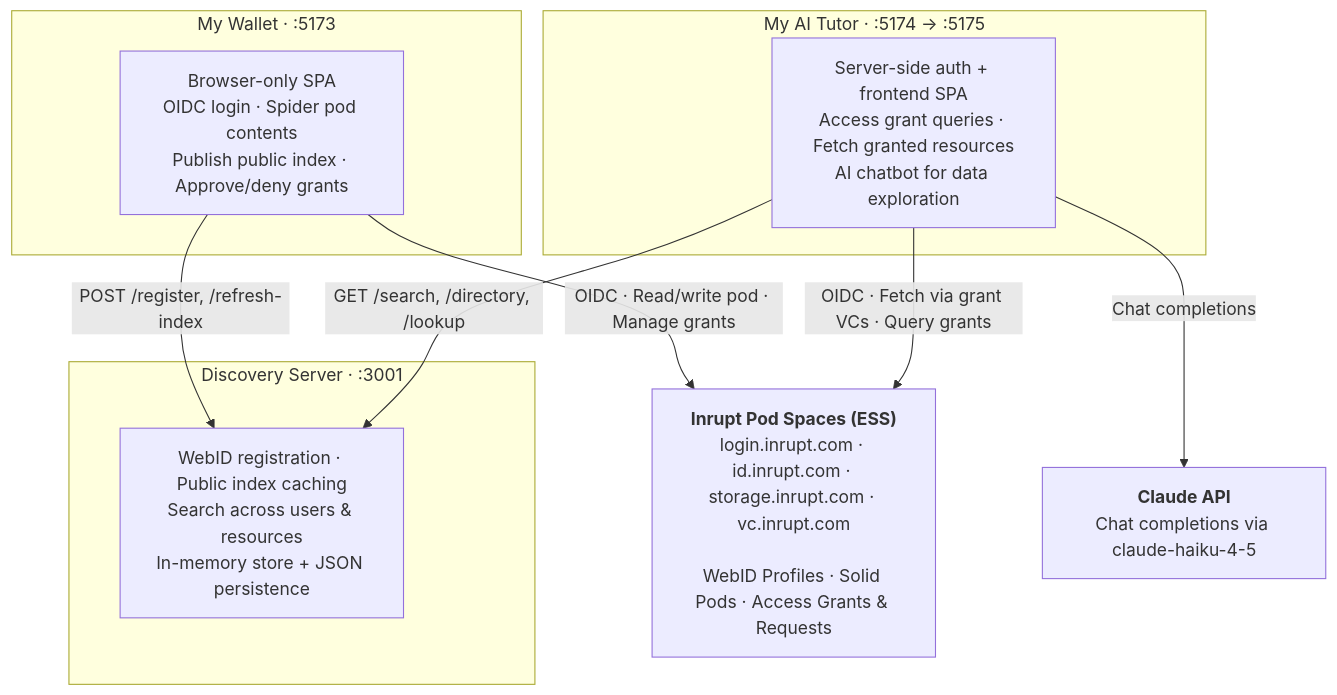
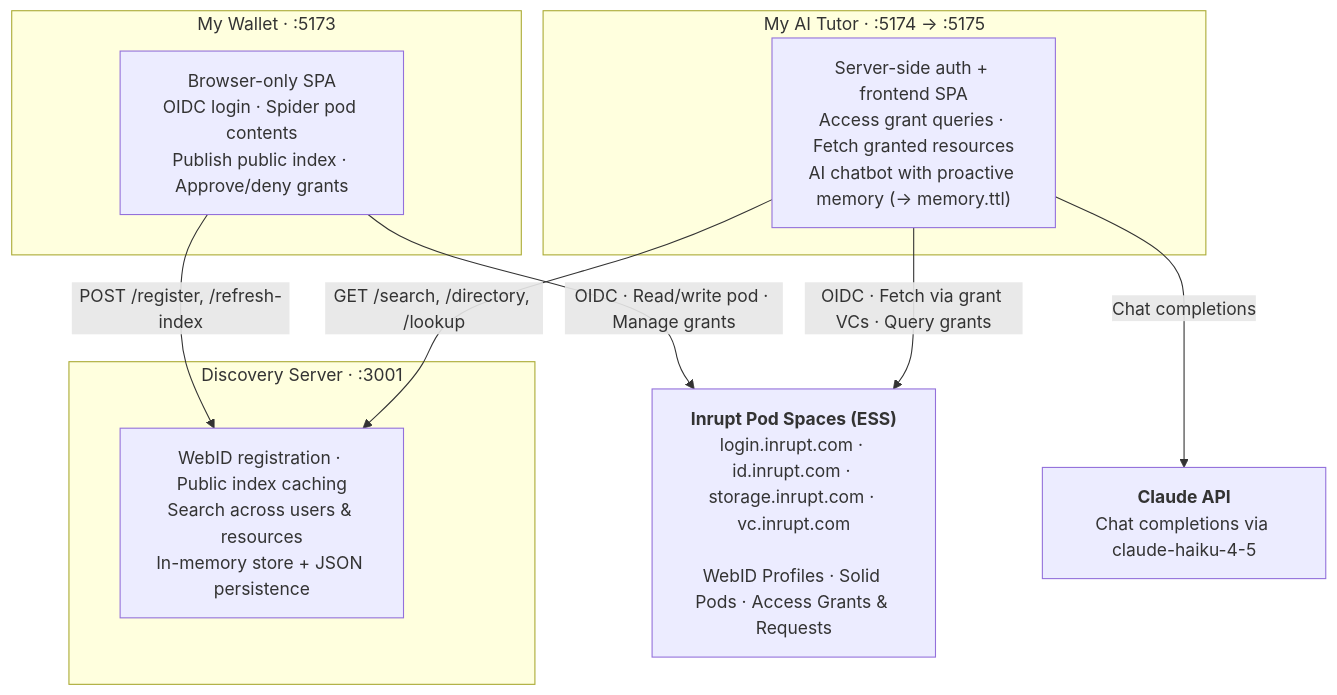
Before and after one commit to inrupt-sandbox/solid-sandbox-apps: the diagram in README.md, drawn with Mermaid. The commit also changed other lines of this file, not shown here.

Commit message:
Update README with AI tutor memory and pod browser refresh

````diff
--- a/README.md
+++ b/README.md
@@ -9,24 +9,24 @@
 ```mermaid
 graph TB
     ESS["<b>Inrupt Pod Spaces (ESS)</b><br/>login.inrupt.com · id.inrupt.com · storage.inrupt.com · vc.inrupt.com<br/><br/>WebID Profiles · Solid Pods · Access Grants &amp; Requests"]
     AI["<b>Claude API</b><br/>Chat completions via claude-haiku-4-5"]
 
     subgraph PM["My Wallet · :5173"]
         PM_desc["Browser-only SPA<br/>OIDC login · Spider pod contents<br/>Publish public index · Approve/deny grants"]
     end
 
     subgraph DR["My AI Tutor · :5174 → :5175"]
-        DR_desc["Server-side auth + frontend SPA<br/>Access grant queries · Fetch granted resources<br/>AI chatbot for data exploration"]
+        DR_desc["Server-side auth + frontend SPA<br/>Access grant queries · Fetch granted resources<br/>AI chatbot with proactive memory (→ memory.ttl)"]
     end
 
     subgraph DS["Discovery Server · :3001"]
         DS_desc["WebID registration · Public index caching<br/>Search across users & resources<br/>In-memory store + JSON persistence"]
     end
 
     PM_desc -- "OIDC · Read/write pod · Manage grants" --> ESS
     PM_desc -- "POST /register, /refresh-index" --> DS_desc
 
     DR_desc -- "OIDC · Fetch via grant VCs · Query grants" --> ESS
     DR_desc -- "GET /search, /directory, /lookup" --> DS_desc
     DR_desc -- "Chat completions" --> AI
 ```
````
